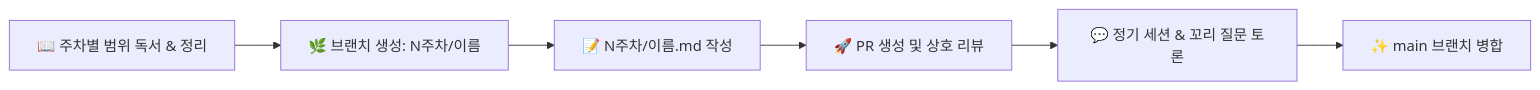
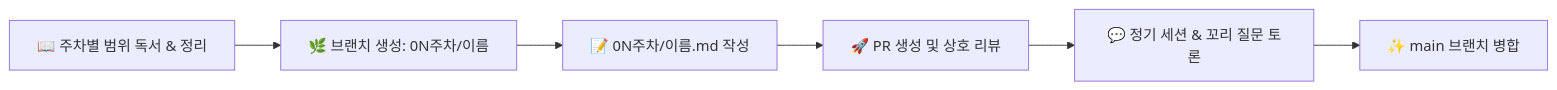
One commit to Kusitms-DeepDive/Kusitms-DeepDive changed the diagram in README.md. Above: the diagram before and after it, drawn with Mermaid. The commit also changed other lines of this file and 12 other files, not shown here.

````diff
--- a/README.md
+++ b/README.md
@@ -41,8 +41,8 @@
 ```mermaid
 flowchart LR
-    A[📖 주차별 범위 독서 & 정리] --> B[🌿 브랜치 생성: N주차/이름]
-    B --> C[📝 N주차/이름.md 작성]
+    A[📖 주차별 범위 독서 & 정리] --> B[🌿 브랜치 생성: 0N주차/이름]
+    B --> C[📝 0N주차/이름.md 작성]
     C --> D[🚀 PR 생성 및 상호 리뷰]
     D --> E[💬 정기 세션 & 꼬리 질문 토론]
     E --> F[✨ main 브랜치 병합]
 ```
````
